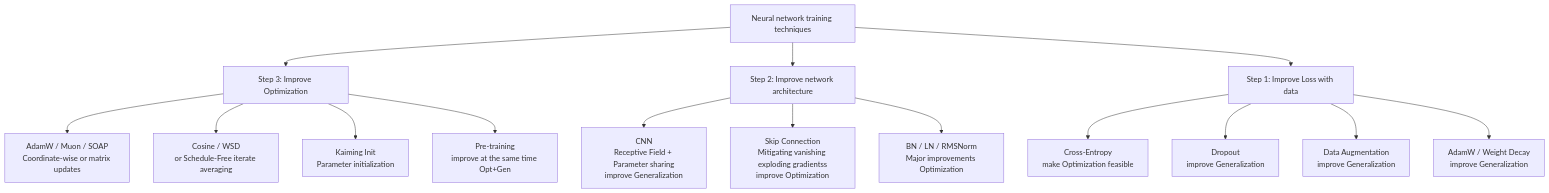
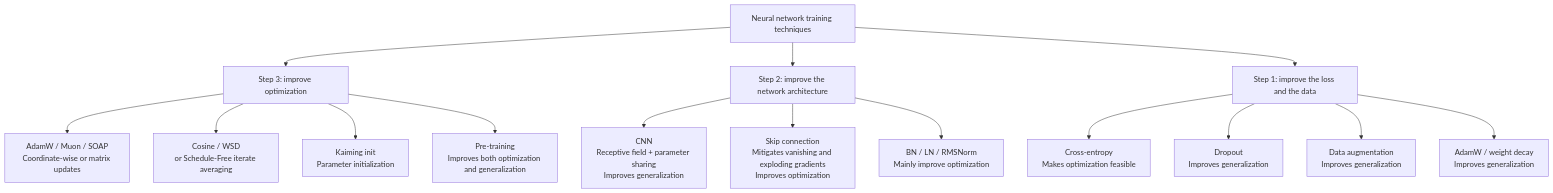
One commit to TingdeLiu/tingdeliu.github.io changed the tenth of 15 diagrams in _translations/en/research/Deep-Learning-Survey.md. Above: the diagram before and after it, drawn with Mermaid. The commit also changed other lines of this file and 51 other files, not shown here.

````diff
--- a/_translations/en/research/Deep-Learning-Survey.md
+++ b/_translations/en/research/Deep-Learning-Survey.md
@@ -1452,17 +1452,17 @@
 ```mermaid
 flowchart TD
-    A["Neural network training techniques"] --> B["Step 3: Improve Optimization"]
-    A --> C["Step 2: Improve network architecture"]
-    A --> D["Step 1: Improve Loss with data"]
+    A["Neural network training techniques"] --> B["Step 3: improve optimization"]
+    A --> C["Step 2: improve the network architecture"]
+    A --> D["Step 1: improve the loss and the data"]
     B --> B1["AdamW / Muon / SOAP<br/>Coordinate-wise or matrix updates"]
     B --> B2["Cosine / WSD<br/>or Schedule-Free iterate averaging"]
-    B --> B3["Kaiming Init<br/>Parameter initialization"]
-    B --> B4["Pre-training<br/>improve at the same time Opt+Gen"]
-    C --> C1["CNN<br/>Receptive Field + Parameter sharing<br/>improve Generalization"]
-    C --> C2["Skip Connection<br/>Mitigating vanishing exploding gradientss<br/>improve Optimization"]
-    C --> C3["BN / LN / RMSNorm<br/>Major improvements Optimization"]
-    D --> D1["Cross-Entropy<br/>make Optimization feasible"]
-    D --> D2["Dropout<br/>improve Generalization"]
-    D --> D3["Data Augmentation<br/>improve Generalization"]
-    D --> D4["AdamW / Weight Decay<br/>improve Generalization"]
+    B --> B3["Kaiming init<br/>Parameter initialization"]
+    B --> B4["Pre-training<br/>Improves both optimization and generalization"]
+    C --> C1["CNN<br/>Receptive field + parameter sharing<br/>Improves generalization"]
+    C --> C2["Skip connection<br/>Mitigates vanishing and exploding gradients<br/>Improves optimization"]
+    C --> C3["BN / LN / RMSNorm<br/>Mainly improve optimization"]
+    D --> D1["Cross-entropy<br/>Makes optimization feasible"]
+    D --> D2["Dropout<br/>Improves generalization"]
+    D --> D3["Data augmentation<br/>Improves generalization"]
+    D --> D4["AdamW / weight decay<br/>Improves generalization"]
 ```
````
